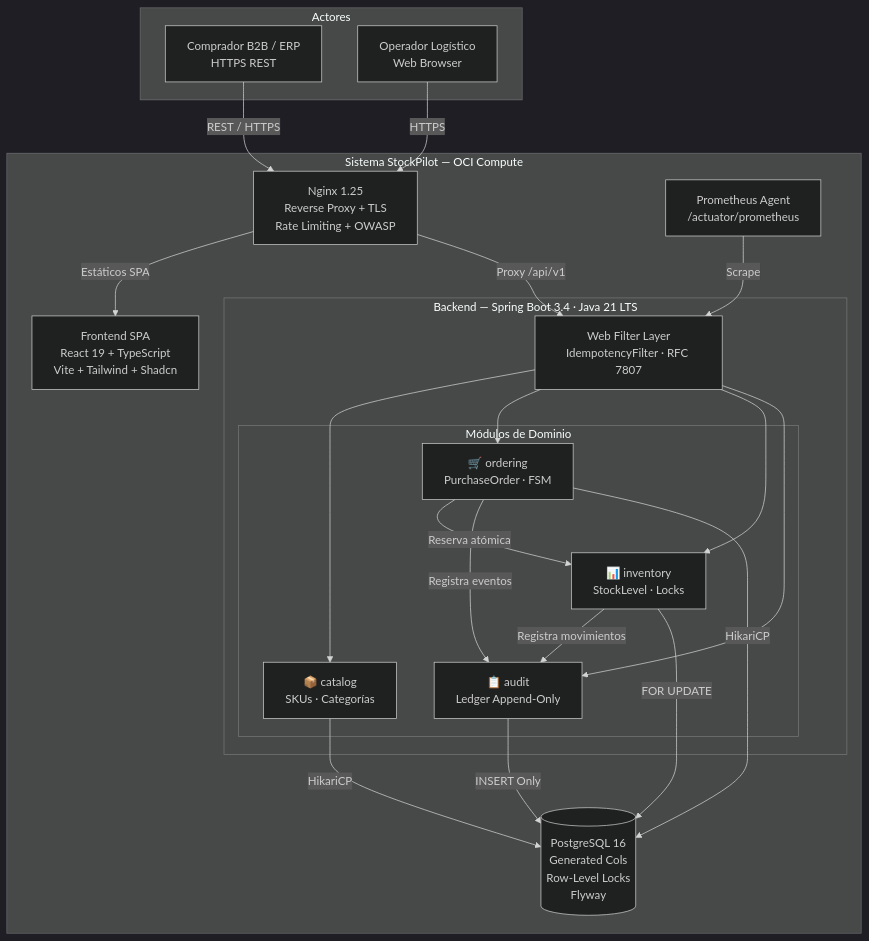
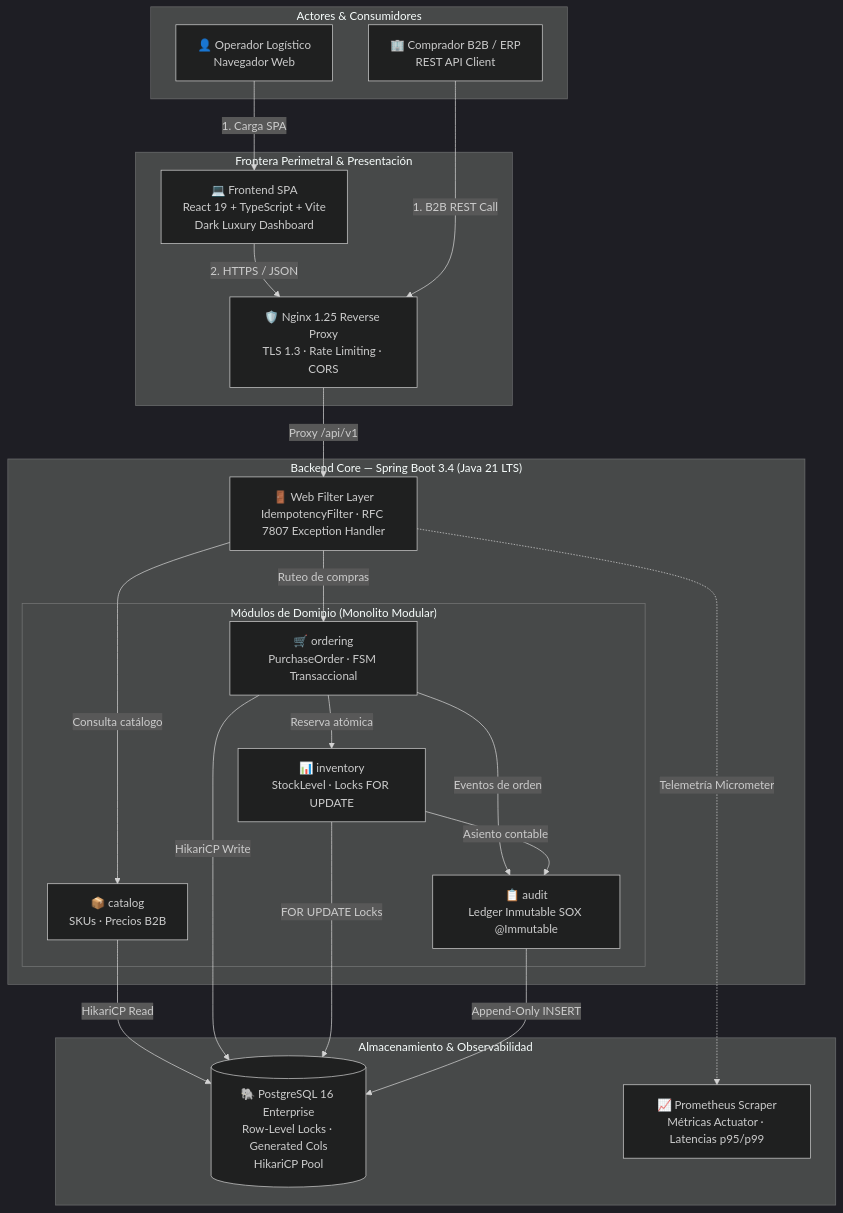
The second of 7 diagrams in docs/architecture/ARCHITECTURE.md (vivenegasl/stockpilot-b2b), drawn with Mermaid (dark theme) before and after one commit.

Commit message:
fix(architecture): align C4 container diagram layers and eliminate reversed edges

````diff
--- a/docs/architecture/ARCHITECTURE.md
+++ b/docs/architecture/ARCHITECTURE.md
@@ -96,47 +96,52 @@
 ```mermaid
 graph TB
-    subgraph Users ["Actores"]
-        CLIENT["Comprador B2B / ERP<br/>HTTPS REST"]
-        OPERATOR["Operador Logístico<br/>Web Browser"]
+    subgraph Actors ["Actores & Consumidores"]
+        CLIENT["🏢 Comprador B2B / ERP<br/>REST API Client"]
+        OPERATOR["👤 Operador Logístico<br/>Navegador Web"]
     end
 
-    subgraph Boundary ["Sistema StockPilot — OCI Compute"]
-        NGINX["Nginx 1.25<br/>Reverse Proxy + TLS<br/>Rate Limiting + OWASP"]
-
-        SPA["Frontend SPA<br/>React 19 + TypeScript<br/>Vite + Tailwind + Shadcn"]
-
-        subgraph Monolith ["Backend — Spring Boot 3.4 · Java 21 LTS"]
-            API_LAYER["Web Filter Layer<br/>IdempotencyFilter · RFC 7807"]
-
-            subgraph Modules ["Módulos de Dominio"]
-                MOD_CATALOG["📦 catalog<br/>SKUs · Categorías"]
-                MOD_INVENTORY["📊 inventory<br/>StockLevel · Locks"]
-                MOD_ORDERING["🛒 ordering<br/>PurchaseOrder · FSM"]
-                MOD_AUDIT["📋 audit<br/>Ledger Append-Only"]
-            end
-        end
-
-        DB[("PostgreSQL 16<br/>Generated Cols<br/>Row-Level Locks<br/>Flyway")]
-        PROM["Prometheus Agent<br/>/actuator/prometheus"]
+    subgraph Periphery ["Frontera Perimetral & Presentación"]
+        SPA["💻 Frontend SPA<br/>React 19 + TypeScript + Vite<br/>Dark Luxury Dashboard"]
+        NGINX["🛡️ Nginx 1.25 Reverse Proxy<br/>TLS 1.3 · Rate Limiting · CORS"]
     end
 
-    CLIENT -->|"REST / HTTPS"| NGINX
-    OPERATOR -->|"HTTPS"| NGINX
-    NGINX -->|"Estáticos SPA"| SPA
-    NGINX -->|"Proxy /api/v1"| API_LAYER
-    API_LAYER --> MOD_CATALOG
-    API_LAYER --> MOD_ORDERING
-    API_LAYER --> MOD_INVENTORY
-    API_LAYER --> MOD_AUDIT
+    subgraph BackendCore ["Backend Core — Spring Boot 3.4 (Java 21 LTS)"]
+        API_GATE["🚪 Web Filter Layer<br/>IdempotencyFilter · RFC 7807 Exception Handler"]
 
+        subgraph Modules ["Módulos de Dominio (Monolito Modular)"]
+            MOD_ORDERING["🛒 ordering<br/>PurchaseOrder · FSM Transaccional"]
+            MOD_CATALOG["📦 catalog<br/>SKUs · Precios B2B"]
+            MOD_INVENTORY["📊 inventory<br/>StockLevel · Locks FOR UPDATE"]
+            MOD_AUDIT["📋 audit<br/>Ledger Inmutable SOX @Immutable"]
+        end
+    end
+
+    subgraph Storage ["Almacenamiento & Observabilidad"]
+        DB[("🐘 PostgreSQL 16 Enterprise<br/>Row-Level Locks · Generated Cols<br/>HikariCP Pool")]
+        PROM["📈 Prometheus Scraper<br/>Métricas Actuator · Latencias p95/p99"]
+    end
+
+    %% Flujos de Red y Control
+    OPERATOR -->|"1. Carga SPA"| SPA
+    SPA -->|"2. HTTPS / JSON"| NGINX
+    CLIENT -->|"1. B2B REST Call"| NGINX
+
+    NGINX -->|"Proxy /api/v1"| API_GATE
+
+    API_GATE -->|"Ruteo de compras"| MOD_ORDERING
+    API_GATE -->|"Consulta catálogo"| MOD_CATALOG
+
+    %% Dependencias entre Módulos
     MOD_ORDERING -->|"Reserva atómica"| MOD_INVENTORY
-    MOD_ORDERING -->|"Registra eventos"| MOD_AUDIT
-    MOD_INVENTORY -->|"Registra movimientos"| MOD_AUDIT
+    MOD_ORDERING -->|"Eventos de orden"| MOD_AUDIT
+    MOD_INVENTORY -->|"Asiento contable"| MOD_AUDIT
 
-    MOD_CATALOG -->|"HikariCP"| DB
-    MOD_INVENTORY -->|"FOR UPDATE"| DB
-    MOD_ORDERING -->|"HikariCP"| DB
-    MOD_AUDIT -->|"INSERT Only"| DB
+    %% Persistencia hacia la BD
+    MOD_CATALOG -->|"HikariCP Read"| DB
+    MOD_ORDERING -->|"HikariCP Write"| DB
+    MOD_INVENTORY -->|"FOR UPDATE Locks"| DB
+    MOD_AUDIT -->|"Append-Only INSERT"| DB
 
-    PROM -->|"Scrape"| API_LAYER
+    %% Observabilidad
+    API_GATE -.->|"Telemetría Micrometer"| PROM
 ```
````
